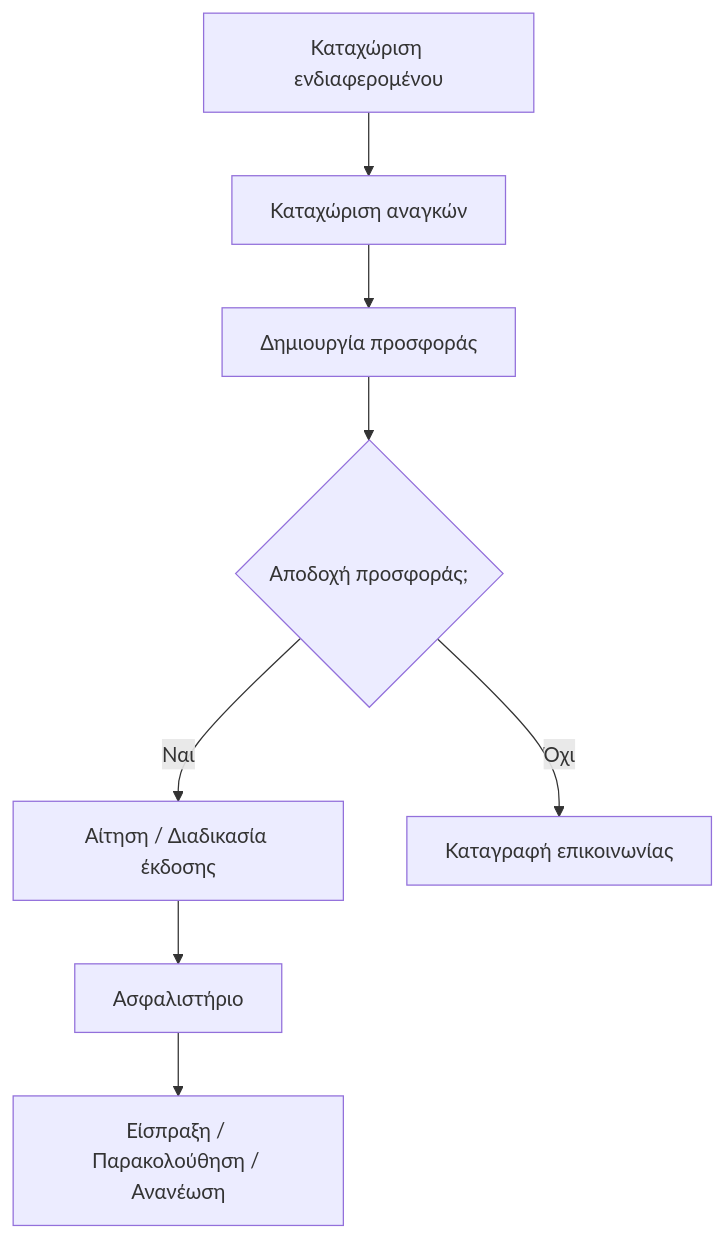
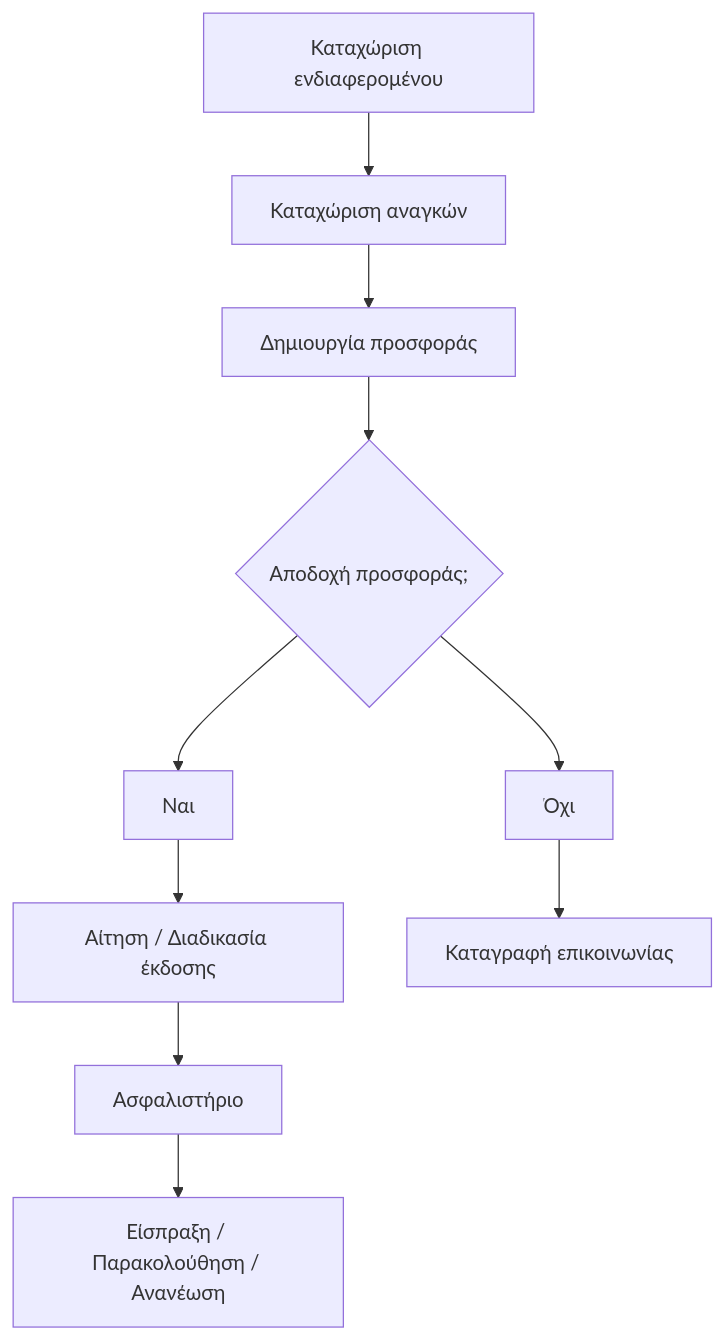
One commit to PanagiotisKotsorgios/allinsurance-backoffice changed the second of 2 diagrams in software-analyisis/software-analyisis.md. Above: the diagram before and after it, drawn with Mermaid.

````diff
--- a/software-analyisis/software-analyisis.md
+++ b/software-analyisis/software-analyisis.md
@@ -2459,10 +2459,10 @@
 ```mermaid
 flowchart TD
     A[Καταχώριση ενδιαφερομένου] --> B[Καταχώριση αναγκών]
     B --> C[Δημιουργία προσφοράς]
     C --> D{Αποδοχή προσφοράς;}
-    D -- Ναι --> E[Αίτηση / Διαδικασία έκδοσης]
-    D -- Όχι --> H[Καταγραφή επικοινωνίας]
+    D --> Ναι --> E[Αίτηση / Διαδικασία έκδοσης]
+    D --> Όχι --> H[Καταγραφή επικοινωνίας]
     E --> F[Ασφαλιστήριο]
     F --> G[Είσπραξη / Παρακολούθηση / Ανανέωση]
 ```
````
